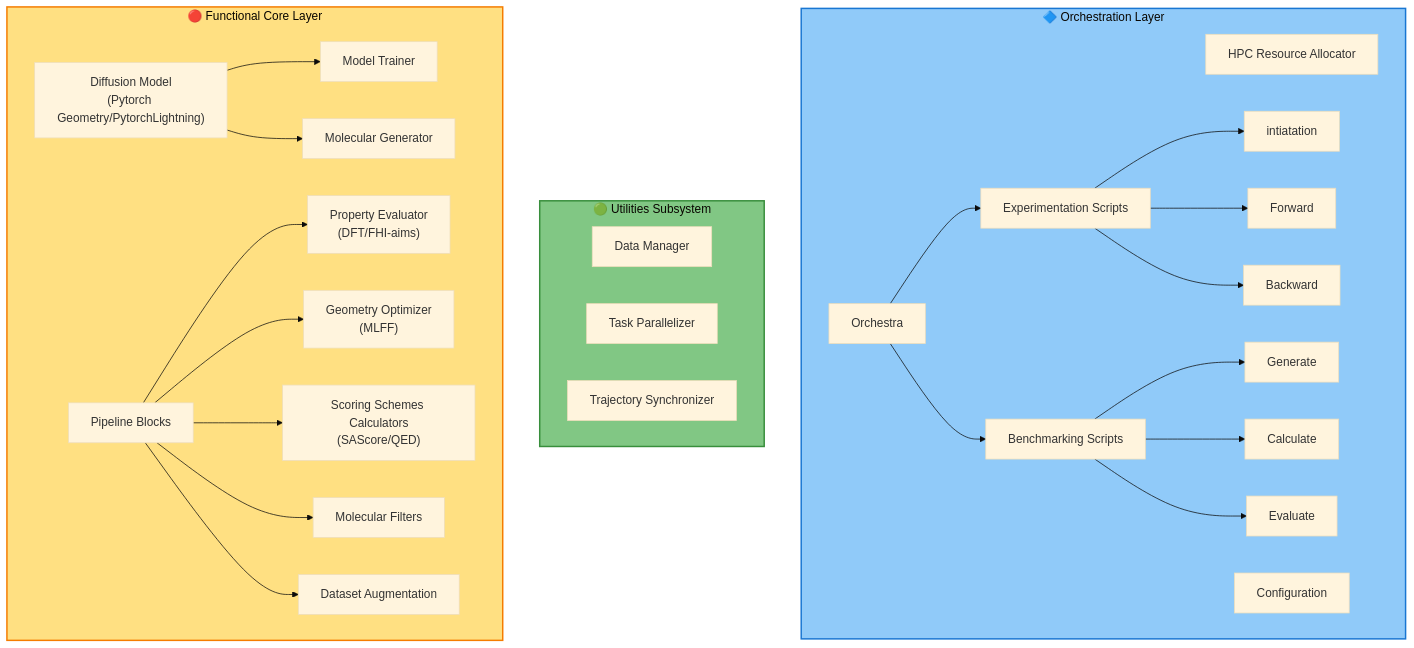
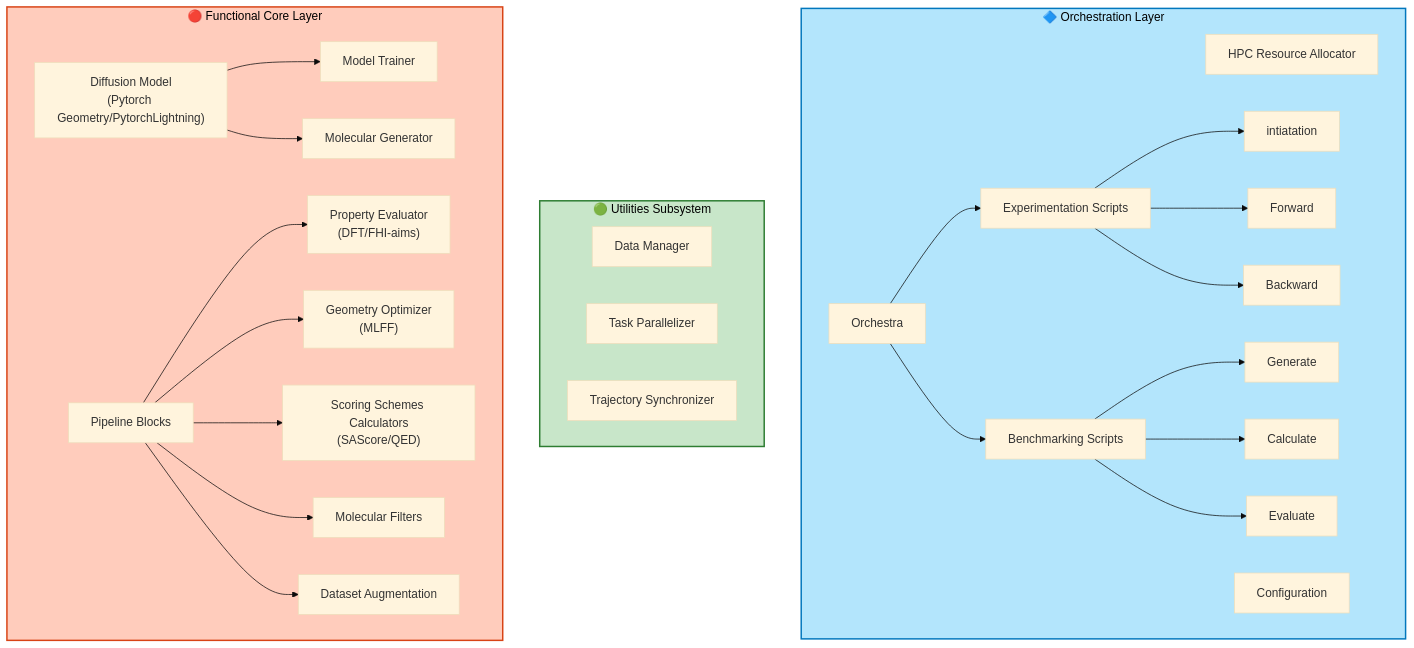
One commit to lmedranos/qalpa changed the second of 2 diagrams in README.md. Above: the diagram before and after it, drawn with Mermaid (base theme).

````diff
--- a/README.md
+++ b/README.md
@@ -97,56 +97,56 @@
 ```mermaid
 graph TB
     subgraph orchestration["🔷 Orchestration Layer"]
         hpc["HPC Resource Allocator"]
         config["Configuration"]
         orc["Orchestra"]
         Expsc["Experimentation Scripts"]
         initsc["intiatation"]
         forsc["Forward"]
         bacsc["Backward"]
         Evalsc["Benchmarking Scripts"]
         gensc["Generate"]
         calsc["Calculate"]
         evalsc["Evaluate"]
 
     end
 
     Expsc --> initsc
     Expsc --> forsc
     Expsc --> bacsc
     Evalsc --> gensc
     Evalsc --> calsc
     Evalsc --> evalsc
     orc --> Expsc
     orc --> Evalsc
    
 
     subgraph utilities["🟢 Utilities Subsystem"]
         data["Data Manager"]
         parallel["Task Parallelizer"]
         sync["Trajectory Synchronizer"]
     end
     
     subgraph functional["🔴 Functional Core Layer"]
         Diff["Diffusion Model<br/>(Pytorch Geometry/PytorchLightning)"]
         train["Model Trainer"]
         gen["Molecular Generator"]
         Pipeb["Pipeline Blocks"]
         eval["Property Evaluator<br/>(DFT/FHI-aims)"]
         opt["Geometry Optimizer<br/>(MLFF)"]
         sco["Scoring Schemes Calculators<br/>(SAScore/QED)"]
         sel["Molecular Filters"]
         Aug["Dataset Augmentation"]
     end
     Diff --> train
     Diff --> gen
     Pipeb --> eval
     Pipeb --> opt
     Pipeb --> sco
     Pipeb --> sel
     Pipeb --> Aug
     
-    style orchestration fill:#90CAF9,stroke:#1976D2,stroke-width:2px
-    style utilities fill:#81C784,stroke:#388E3C,stroke-width: 2px
-    style functional fill:#FFE082,stroke:#F57C00,stroke-width:2px
+    style orchestration fill:#B3E5FC,stroke:#0277BD,stroke-width:2px,color:#000
+    style utilities fill:#C8E6C9,stroke:#2E7D32,stroke-width:2px,color:#000
+    style functional fill:#FFCCBC,stroke:#D84315,stroke-width:2px,color:#000
 ```
````
